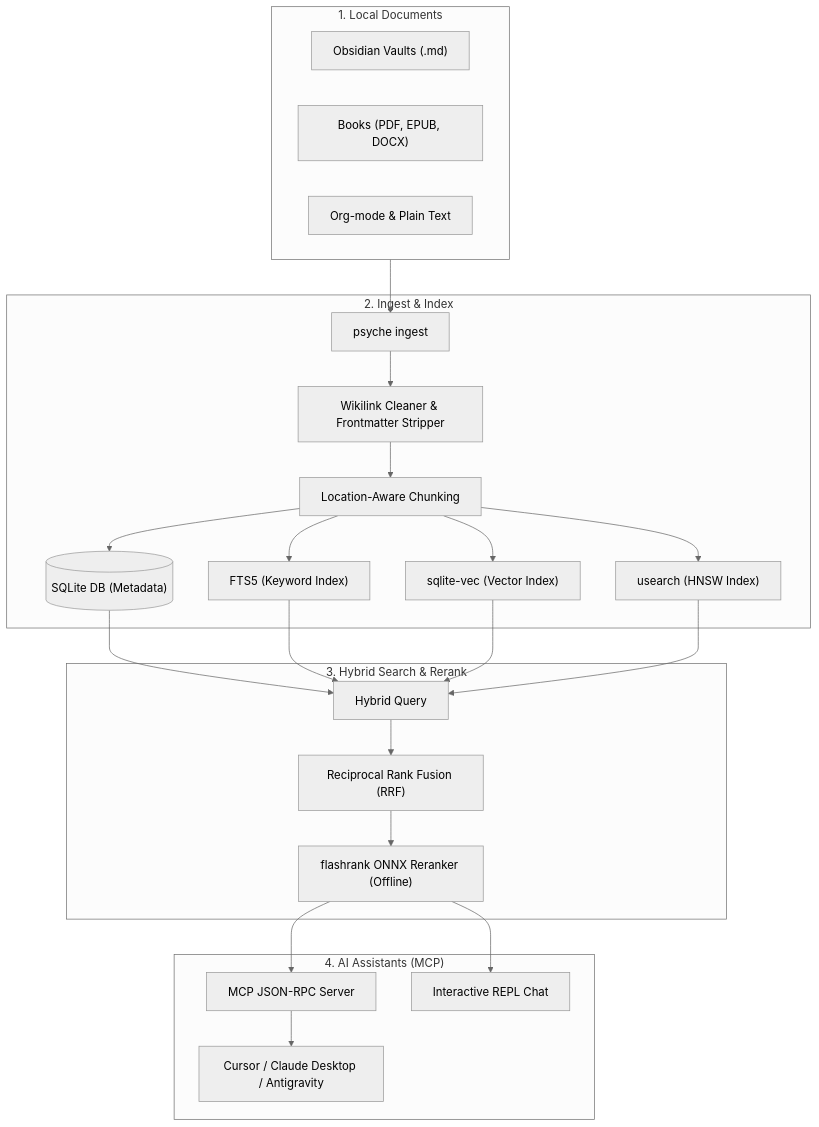
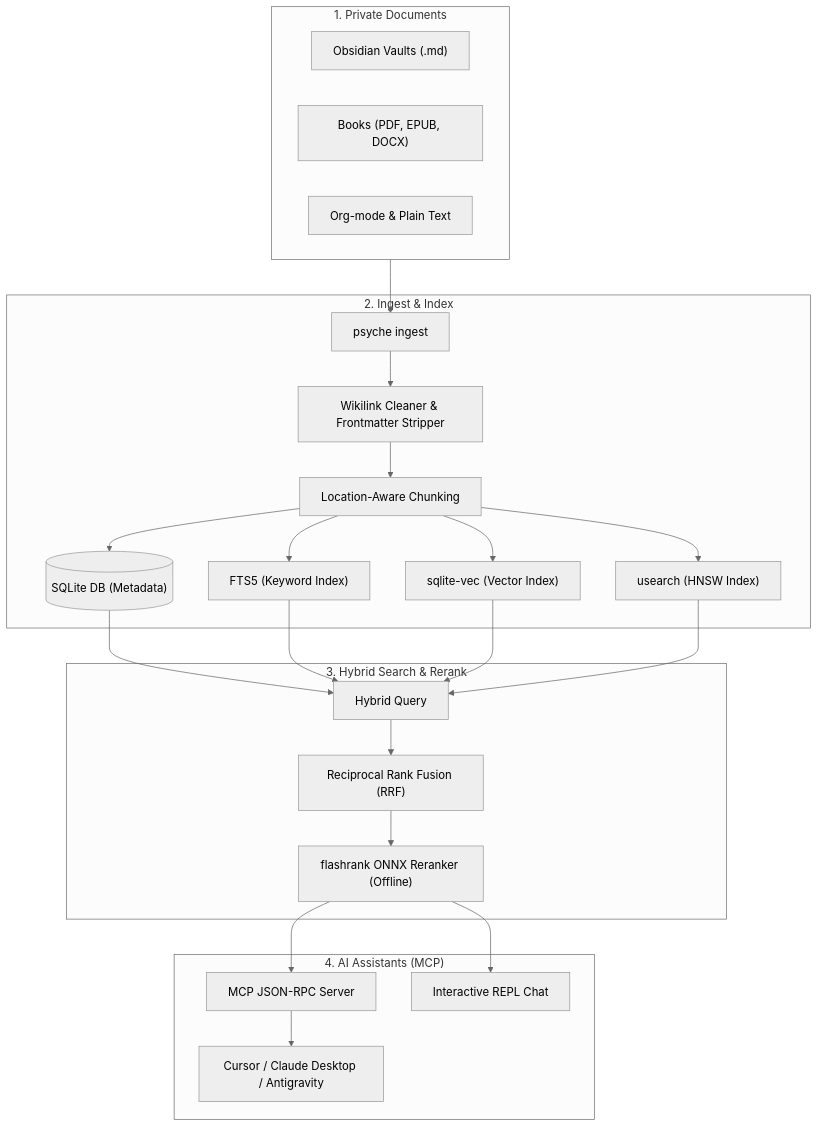
Before and after one commit to Nam-Aniket/knowledge-project: the diagram in README.md, drawn with Mermaid (neutral theme). The commit also changed other lines of this file and 4 other files, not shown here.

Commit message:
docs: align positioning to local memory layer, add CI, and add demo graphic

````diff
--- a/README.md
+++ b/README.md
@@ -47,38 +98,38 @@
 ```mermaid
 flowchart TD
-    subgraph Local ["1. Local Documents"]
+    subgraph Local ["1. Private Documents"]
         obsidian["Obsidian Vaults (.md)"]
         books["Books (PDF, EPUB, DOCX)"]
         docs["Org-mode & Plain Text"]
     end
 
     subgraph Process ["2. Ingest & Index"]
         ingest["psyche ingest"]
         clean["Wikilink Cleaner & Frontmatter Stripper"]
         chunk["Location-Aware Chunking"]
         sqlite[("SQLite DB (Metadata)")]
         fts5["FTS5 (Keyword Index)"]
         sqlite_vec["sqlite-vec (Vector Index)"]
         usearch["usearch (HNSW Index)"]
     end
 
     subgraph Retrieve ["3. Hybrid Search & Rerank"]
         query["Hybrid Query"]
         rrf["Reciprocal Rank Fusion (RRF)"]
         flashrank["flashrank ONNX Reranker (Offline)"]
     end
 
     subgraph Serve ["4. AI Assistants (MCP)"]
         mcp["MCP JSON-RPC Server"]
         cli["Interactive REPL Chat"]
         editor["Cursor / Claude Desktop / Antigravity"]
     end
 
     Local --> ingest
     ingest --> clean --> chunk
     chunk --> sqlite & fts5 & sqlite_vec & usearch
     sqlite & fts5 & sqlite_vec & usearch --> query
     query --> rrf --> flashrank
     flashrank --> mcp & cli
     mcp --> editor
 ```
````
